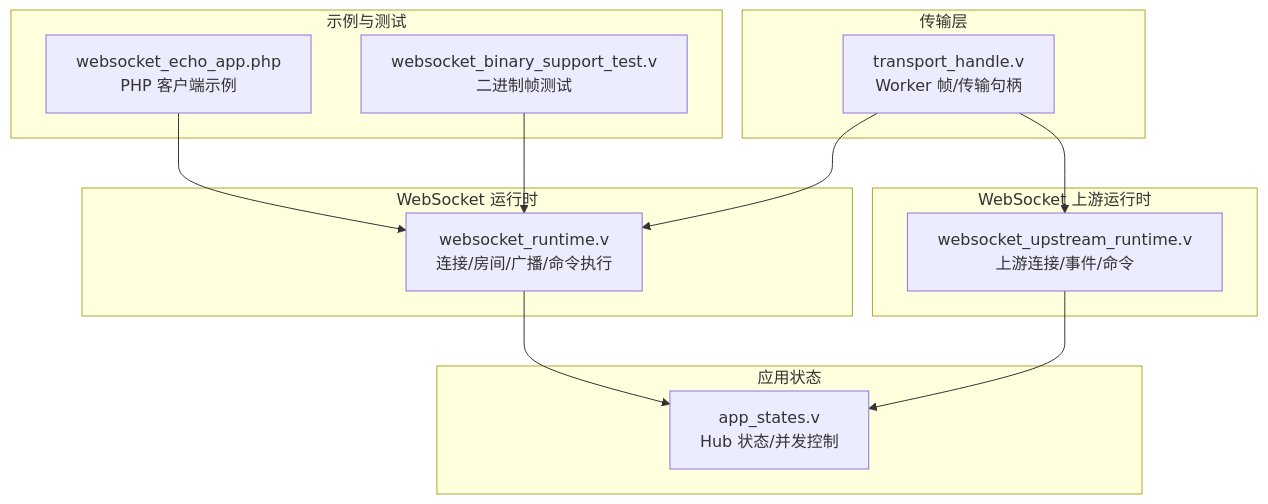
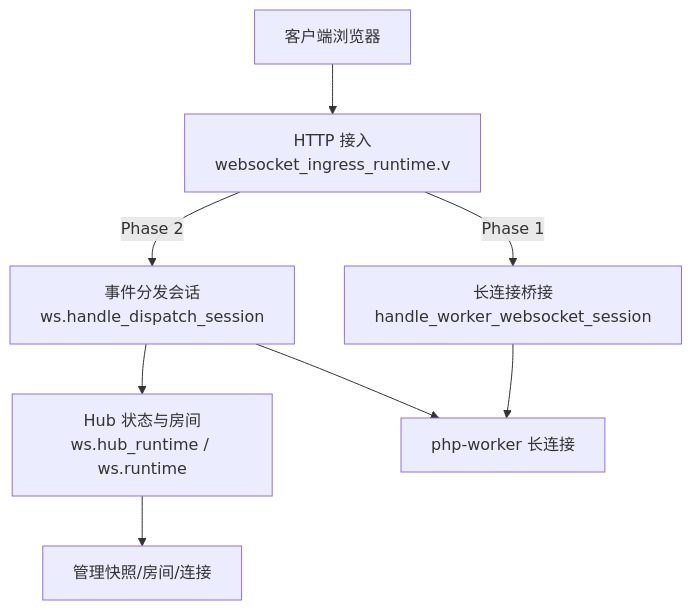
One commit to guweigang/vhttpd changed the first of 8 diagrams in .qoder/repowiki/zh/content/API 参考/WebSocket API.md. Above: the diagram before and after it, drawn with Mermaid. The commit also changed other lines of this file and 697 other files, not shown here.

````diff
--- a/.qoder/repowiki/zh/content/API 参考/WebSocket API.md
+++ b/.qoder/repowiki/zh/content/API 参考/WebSocket API.md
@@ -39,25 +48,10 @@
 ```mermaid
 graph TB
-subgraph "WebSocket 运行时"
-WSRT["websocket_runtime.v<br/>连接/房间/广播/命令执行"]
-end
-subgraph "WebSocket 上游运行时"
-WU["websocket_upstream_runtime.v<br/>上游连接/事件/命令"]
-end
-subgraph "应用状态"
-AS["app_states.v<br/>Hub 状态/并发控制"]
-end
-subgraph "传输层"
-TH["transport_handle.v<br/>Worker 帧/传输句柄"]
-end
-subgraph "示例与测试"
-EX["websocket_echo_app.php<br/>PHP 客户端示例"]
-BT["websocket_binary_support_test.v<br/>二进制帧测试"]
-end
-WSRT --> AS
-WU --> AS
-TH --> WSRT
-TH --> WU
-EX --> WSRT
-BT --> WSRT
+Client["客户端浏览器"] --> Ingress["HTTP 接入<br/>websocket_ingress_runtime.v"]
+Ingress --> |Phase 1| Bridge["长连接桥接<br/>handle_worker_websocket_session"]
+Ingress --> |Phase 2| Dispatch["事件分发会话<br/>ws.handle_dispatch_session"]
+Dispatch --> Hub["Hub 状态与房间<br/>ws.hub_runtime / ws.runtime"]
+Bridge --> Worker["php-worker 长连接"]
+Dispatch --> Worker
+Hub --> Admin["管理快照/房间/连接"]
 ```
````
